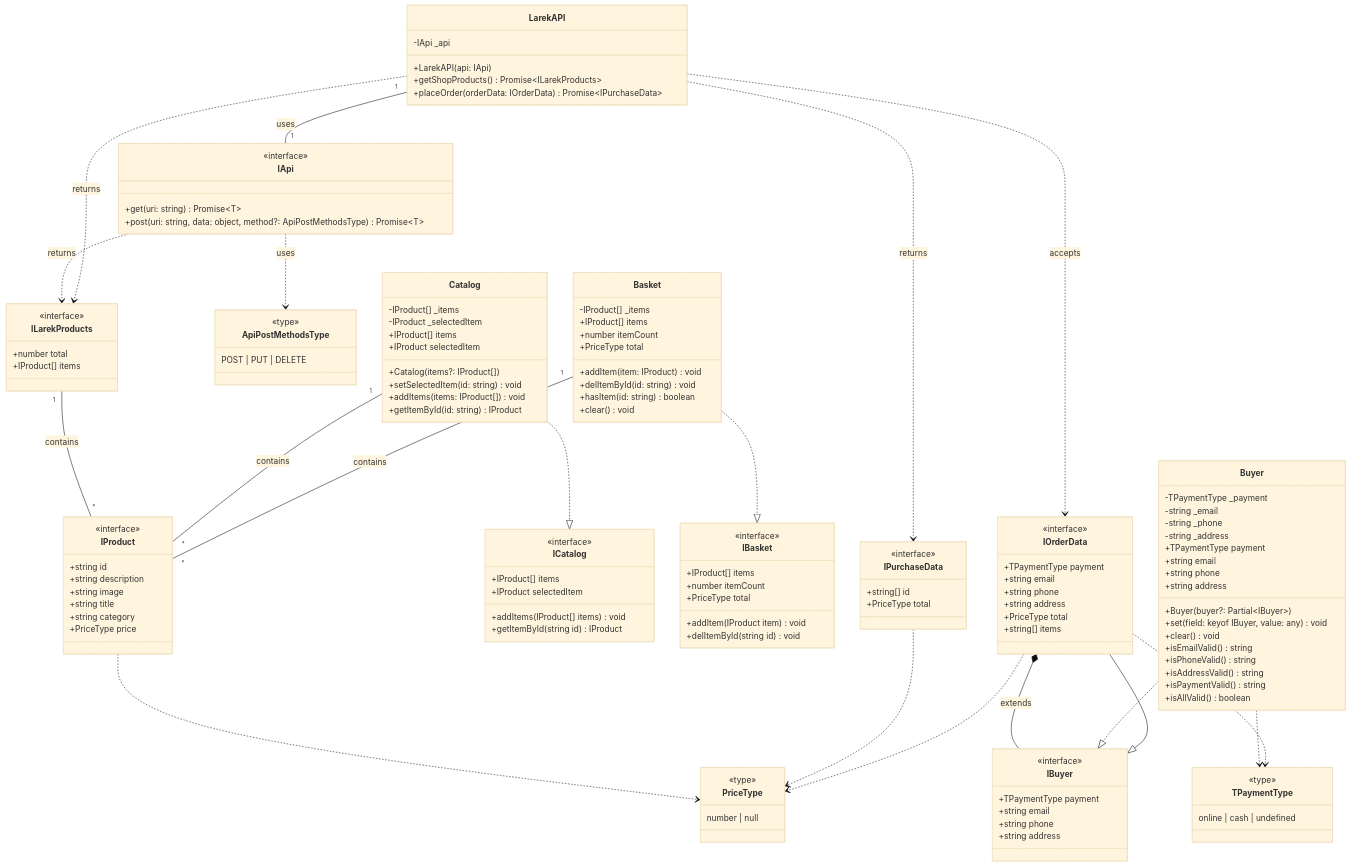
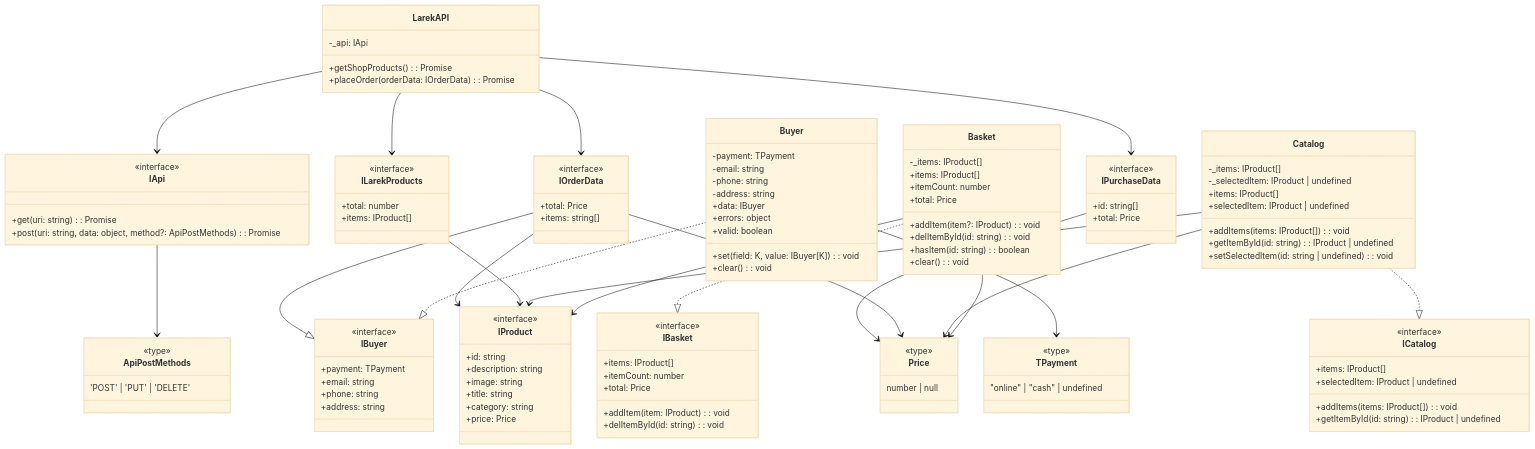
Before and after one commit to vvk2020/weblarek: the diagram in src/public/app-uml.md, drawn with Mermaid (base theme). The commit also changed 5 other files, not shown here.

````diff
--- a/src/public/app-uml.md
+++ b/src/public/app-uml.md
@@ -5,164 +5,142 @@
     %% Интерфейсы
     class IProduct {
         <<interface>>
-        +string id
-        +string description
-        +string image
-        +string title
-        +string category
-        +PriceType price
+        +id: string
+        +description: string
+        +image: string
+        +title: string
+        +category: string
+        +price: Price
     }
 
     class ICatalog {
         <<interface>>
-        +IProduct[] items
-        +IProduct selectedItem
-        +addItems(IProduct[] items) void
-        +getItemById(string id) IProduct
+        +items: IProduct[]
+        +selectedItem: IProduct | undefined
+        +addItems(items: IProduct[]): void
+        +getItemById(id: string): IProduct | undefined
     }
 
     class IBasket {
         <<interface>>
-        +IProduct[] items
-        +number itemCount
-        +PriceType total
-        +addItem(IProduct item) void
-        +delItemById(string id) void
+        +items: IProduct[]
+        +itemCount: number
+        +total: Price
+        +addItem(item: IProduct): void
+        +delItemById(id: string): void
     }
 
     class IBuyer {
         <<interface>>
-        +TPaymentType payment
-        +string email
-        +string phone
-        +string address
+        +payment: TPayment
+        +email: string
+        +phone: string
+        +address: string
     }
 
     class IApi {
         <<interface>>
-        +get(uri: string) Promise~T~
-        +post(uri: string, data: object, method?: ApiPostMethodsType) Promise~T~
+        +get<T>(uri: string): Promise<T>
+        +post<T>(uri: string, data: object, method?: ApiPostMethods): Promise<T>
     }
 
     class ILarekProducts {
         <<interface>>
-        +number total
-        +IProduct[] items
+        +total: number
+        +items: IProduct[]
     }
 
     class IOrderData {
         <<interface>>
-        +TPaymentType payment
-        +string email
-        +string phone
-        +string address
-        +PriceType total
-        +string[] items
+        +total: Price
+        +items: string[]
     }
 
     class IPurchaseData {
         <<interface>>
-        +string[] id
-        +PriceType total
+        +id: string[]
+        +total: Price
+    }
+
+    %% Классы
+    class Basket {
+        -_items: IProduct[]
+        +items: IProduct[]
+        +itemCount: number
+        +total: Price
+        +addItem(item?: IProduct): void
+        +delItemById(id: string): void
+        +hasItem(id: string): boolean
+        +clear(): void
+    }
+
+    class Buyer {
+        -payment: TPayment
+        -email: string
+        -phone: string
+        -address: string
+        +set<K>(field: K, value: IBuyer[K]): void
+        +data: IBuyer
+        +clear(): void
+        +errors: object
+        +valid: boolean
+    }
+
+    class Catalog {
+        -_items: IProduct[]
+        -_selectedItem: IProduct | undefined
+        +items: IProduct[]
+        +selectedItem: IProduct | undefined
+        +addItems(items: IProduct[]): void
+        +getItemById(id: string): IProduct | undefined
+        +setSelectedItem(id: string | undefined): void
+    }
+
+    class LarekAPI {
+        -_api: IApi
+        +getShopProducts(): Promise<ILarekProducts>
+        +placeOrder(orderData: IOrderData): Promise<IPurchaseData>
     }
 
     %% Типы
-    class PriceType {
+    class Price {
         <<type>>
         number | null
     }
 
-    class TPaymentType {
+    class TPayment {
         <<type>>
-        online | cash | undefined
+        "online" | "cash" | undefined
     }
 
-    class ApiPostMethodsType {
+    class ApiPostMethods {
         <<type>>
-        POST | PUT | DELETE
+        'POST' | 'PUT' | 'DELETE'
     }
 
-    %% Классы
-    class Catalog {
-        -IProduct[] _items
-        -IProduct _selectedItem
-        +Catalog(items?: IProduct[])
-        +IProduct[] items
-        +IProduct selectedItem
-        +setSelectedItem(id: string) void
-        +addItems(items: IProduct[]) void
-        +getItemById(id: string) IProduct
-    }
-
-    class Basket {
-        -IProduct[] _items
-        +IProduct[] items
-        +number itemCount
-        +PriceType total
-        +addItem(item: IProduct) void
-        +delItemById(id: string) void
-        +hasItem(id: string) boolean
-        +clear() void
-    }
-
-    class Buyer {
-        -TPaymentType _payment
-        -string _email
-        -string _phone
-        -string _address
-        +Buyer(buyer?: Partial~IBuyer~)
-        +set(field: keyof IBuyer, value: any) void
-        +TPaymentType payment
-        +string email
-        +string phone
-        +string address
-        +clear() void
-        +isEmailValid() string
-        +isPhoneValid() string
-        +isAddressValid() string
-        +isPaymentValid() string
-        +isAllValid() boolean
-    }
-
-    class LarekAPI {
-        -IApi _api
-        +LarekAPI(api: IApi)
-        +getShopProducts() Promise~ILarekProducts~
-        +placeOrder(orderData: IOrderData) Promise~IPurchaseData~
-    }
-
-    %% Наследование интерфейсов
-    IOrderData --|> IBuyer
-
-    %% Реализация интерфейсов
-    Catalog ..|> ICatalog
+    %% Наследование и реализация интерфейсов
     Basket ..|> IBasket
     Buyer ..|> IBuyer
+    Catalog ..|> ICatalog
+    LarekAPI --> IApi
+
+    %% Композиция и агрегация
+    Basket --> IProduct
+    Catalog --> IProduct
+    IOrderData --|> IBuyer
+    ILarekProducts --> IProduct
+
+    %% Зависимости
+    LarekAPI --> ILarekProducts
+    LarekAPI --> IOrderData
+    LarekAPI --> IPurchaseData
+    Buyer --> TPayment
+    Basket --> Price
+    Catalog --> Price
+    IApi --> ApiPostMethods
 
     %% Ассоциации
-    Basket "1" -- "*" IProduct : contains
-    Catalog "1" -- "*" IProduct : contains
-    LarekAPI "1" -- "1" IApi : uses
-
-    %% Зависимости
-    IOrderData ..> TPaymentType
-    IOrderData ..> PriceType
-    IPurchaseData ..> PriceType
-    IProduct ..> PriceType
-    Buyer ..> TPaymentType
-    
-    %% Связи LarekAPI
-    LarekAPI ..> ILarekProducts : returns
-    LarekAPI ..> IPurchaseData : returns
-    LarekAPI ..> IOrderData : accepts
-    
-    %% Связи IApi
-    IApi ..> ApiPostMethodsType : uses
-    IApi ..> ILarekProducts : returns
-    
-    %% Связи ILarekProducts
-    ILarekProducts "1" -- "*" IProduct : contains
-
-    %% Композиция
-    IOrderData *-- IBuyer : extends
+    IOrderData --> Price
+    IOrderData --> IProduct
+    IPurchaseData --> Price
 ```
````
